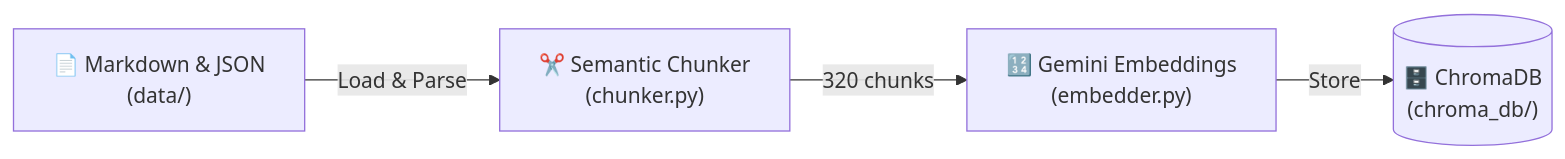
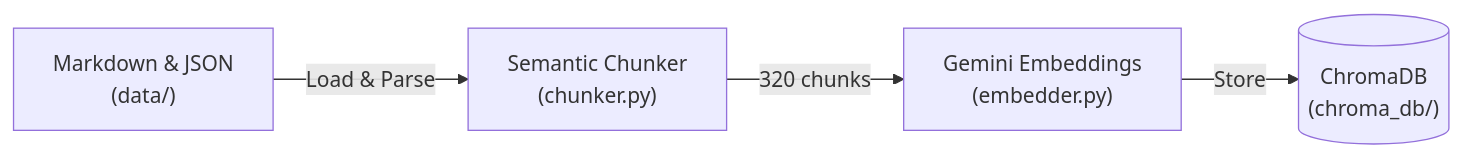
One commit to RedaMohssine/E-Wslni---Chatbot-Robot-Guide changed the first of 5 diagrams in README.md. Above: the diagram before and after it, drawn with Mermaid. The commit also changed other lines of this file, not shown here.

````diff
--- a/README.md
+++ b/README.md
@@ -42,6 +42,6 @@
 ```mermaid
 flowchart LR
-    A["📄 Markdown & JSON\n(data/)"] -->|Load & Parse| B["✂️ Semantic Chunker\n(chunker.py)"]
-    B -->|320 chunks| C["🔢 Gemini Embeddings\n(embedder.py)"]
-    C -->|Store| D[("🗄️ ChromaDB\n(chroma_db/)")]
+    A["Markdown & JSON\n(data/)"] -->|Load & Parse| B["Semantic Chunker\n(chunker.py)"]
+    B -->|320 chunks| C["Gemini Embeddings\n(embedder.py)"]
+    C -->|Store| D[("ChromaDB\n(chroma_db/)")]
 ```
````
